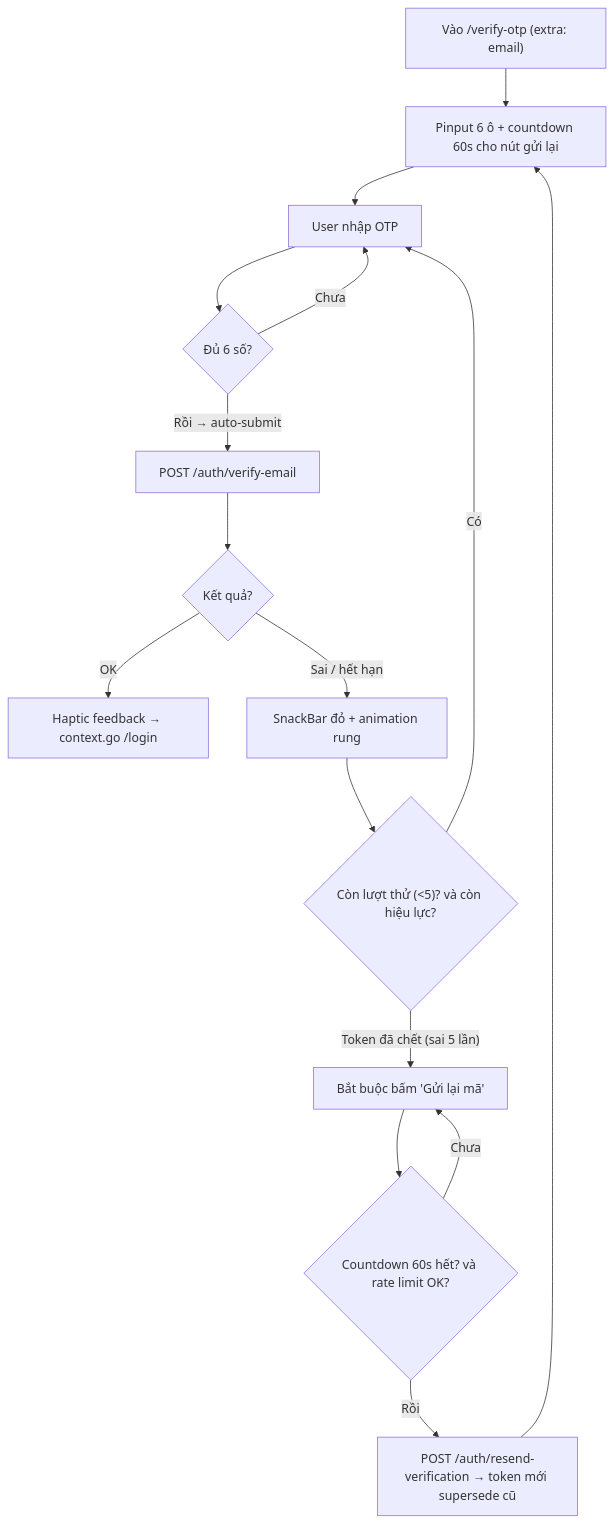
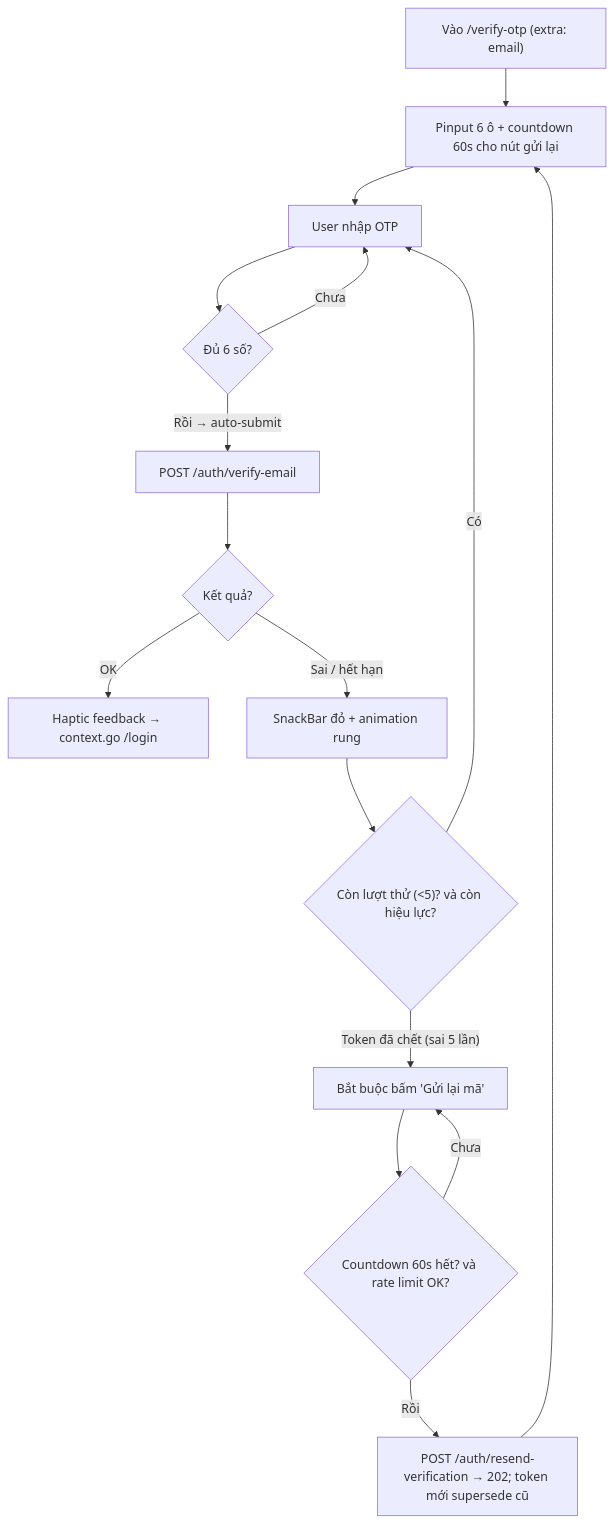
One commit to FintechVSF-Tranning/PaySplit-RP changed the eighth of 9 diagrams in flow/01-auth.md. Above: the diagram before and after it, drawn with Mermaid. The commit also changed other lines of this file and 3 other files, not shown here.

````diff
--- a/flow/01-auth.md
+++ b/flow/01-auth.md
@@ -279,18 +311,18 @@
 ```mermaid
 flowchart TD
     A["Vào /verify-otp (extra: email)"] --> B["Pinput 6 ô + countdown 60s cho nút gửi lại"]
     B --> C["User nhập OTP"]
     C --> D{"Đủ 6 số?"}
     D -->|"Chưa"| C
     D -->|"Rồi → auto-submit"| E["POST /auth/verify-email"]
     E --> F{"Kết quả?"}
     F -->|"OK"| G["Haptic feedback → context.go /login"]
     F -->|"Sai / hết hạn"| H["SnackBar đỏ + animation rung"]
     H --> I{"Còn lượt thử (<5)? và còn hiệu lực?"}
     I -->|"Có"| C
     I -->|"Token đã chết (sai 5 lần)"| J["Bắt buộc bấm 'Gửi lại mã'"]
     J --> K{"Countdown 60s hết? và rate limit OK?"}
     K -->|"Chưa"| J
-    K -->|"Rồi"| L["POST /auth/resend-verification → token mới supersede cũ"]
+    K -->|"Rồi"| L["POST /auth/resend-verification → 202; token mới supersede cũ"]
     L --> B
 ```
````
